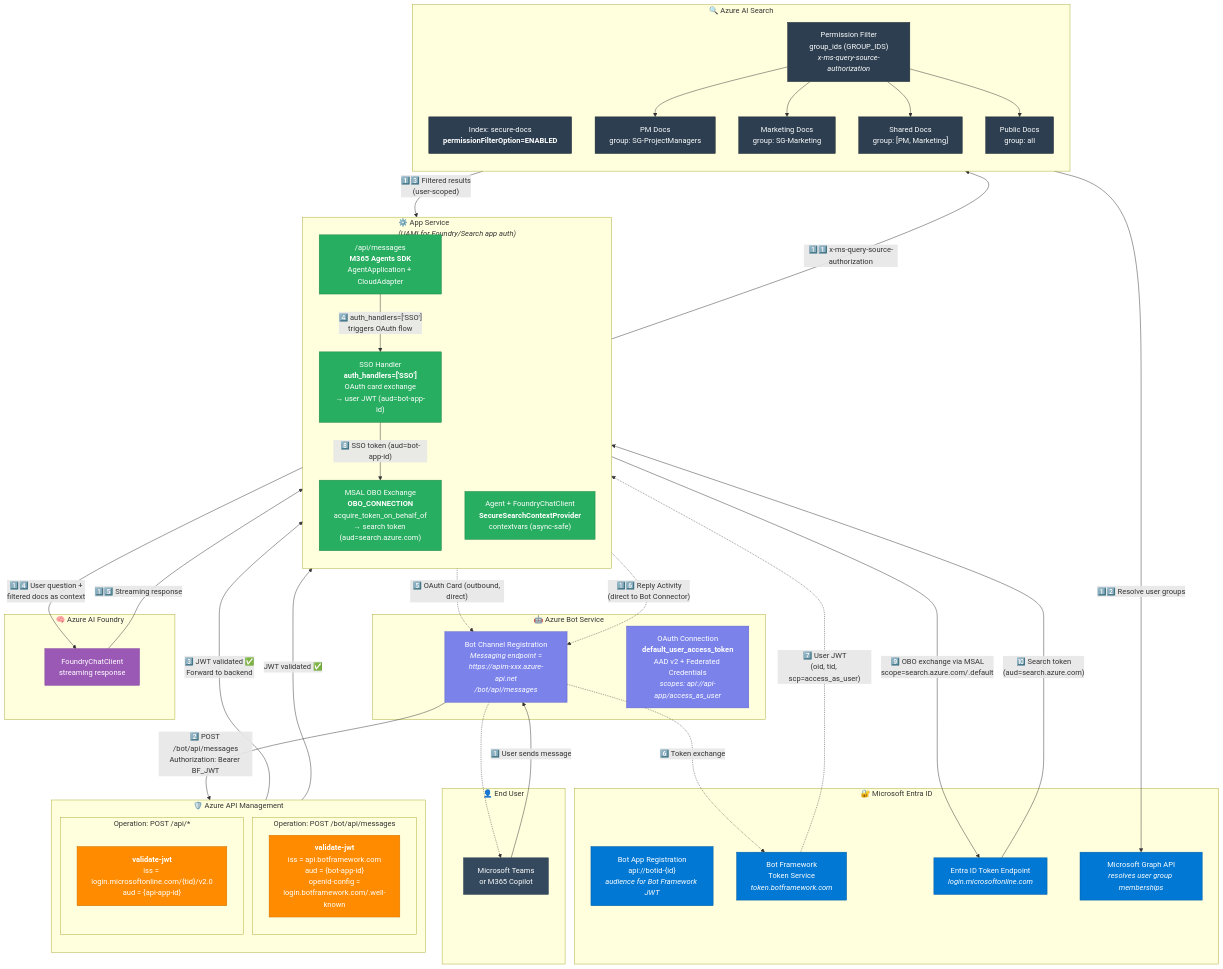
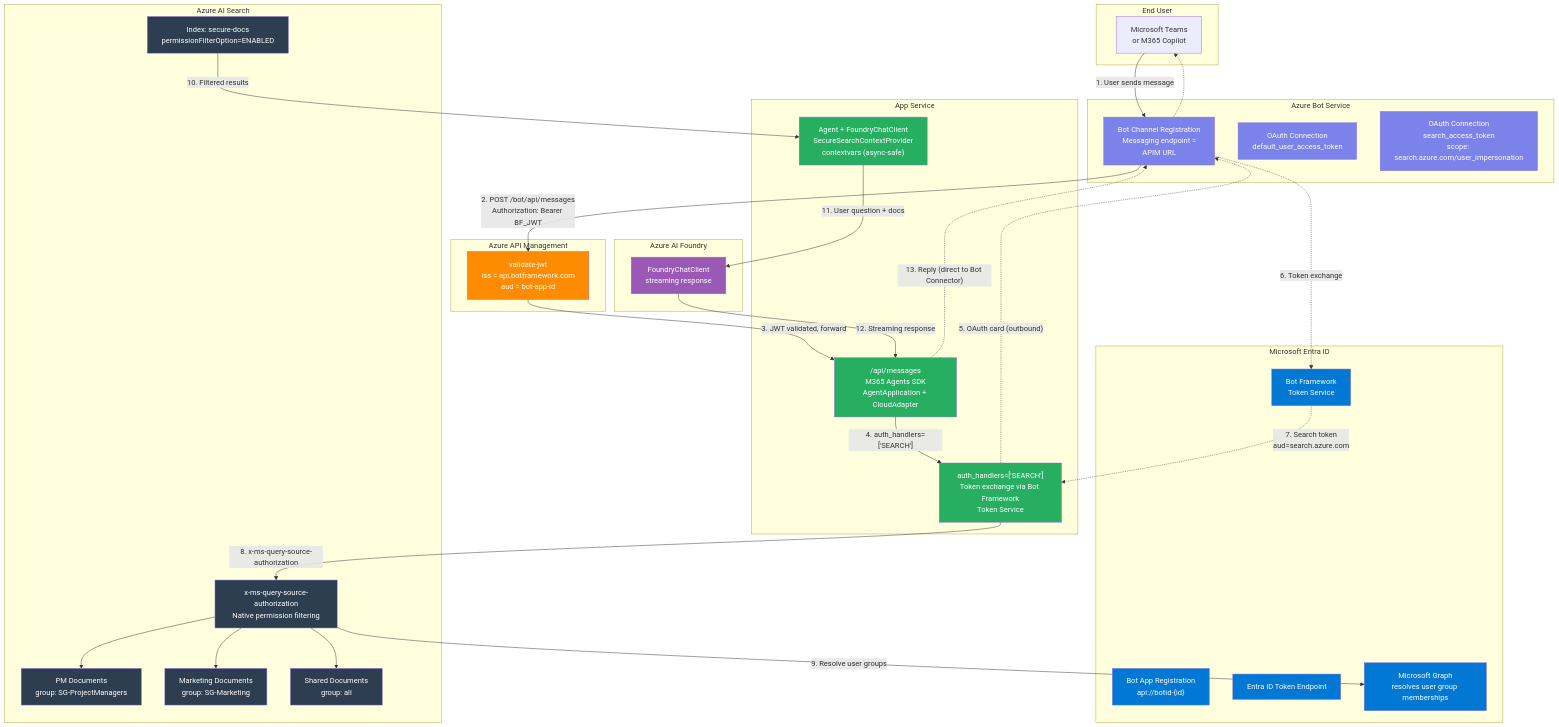
Before and after one commit to Azure-Samples/bring-your-own-agent-to-m365-accelerator: the first of 2 diagrams in docs/architecture.md, drawn with Mermaid. The commit also changed other lines of this file and 1 other file, not shown here.

First line of the commit message:
docs: clean README and architecture — current state only

````diff
--- a/docs/architecture.md
+++ b/docs/architecture.md
@@ -466,105 +7,76 @@
 ```mermaid
 flowchart TB
-    subgraph CLIENT["👤 End User"]
+    subgraph CLIENT["End User"]
         Teams["Microsoft Teams<br/>or M365 Copilot"]
     end
 
-    subgraph ENTRA["🔐 Microsoft Entra ID"]
-        BotAppReg["Bot App Registration<br/>api://botid-{id}<br/><i>audience for Bot Framework JWT</i>"]
-        OAuthToken["Bot Framework<br/>Token Service<br/><i>token.botframework.com</i>"]
-        EntraTokens["Entra ID Token Endpoint<br/><i>login.microsoftonline.com</i>"]
-        GraphAPI["Microsoft Graph API<br/><i>resolves user group memberships</i>"]
+    subgraph ENTRA["Microsoft Entra ID"]
+        BotAppReg["Bot App Registration<br/>api://botid-{id}"]
+        OAuthToken["Bot Framework<br/>Token Service"]
+        EntraTokens["Entra ID Token Endpoint"]
+        GraphAPI["Microsoft Graph<br/>resolves user group memberships"]
     end
 
-    subgraph BOT_SERVICE["🤖 Azure Bot Service"]
-        Bot["Bot Channel Registration<br/><i>Messaging endpoint =<br/>https://apim-xxx.azure-api.net<br/>/bot/api/messages</i>"]
-        OAuthConn["OAuth Connection<br/><b>default_user_access_token</b><br/>AAD v2 + Federated Credentials<br/><i>scopes: api://api-app/access_as_user</i>"]
+    subgraph BOT_SERVICE["Azure Bot Service"]
+        Bot["Bot Channel Registration<br/>Messaging endpoint =<br/>APIM URL"]
+        OAuthSSO["OAuth Connection<br/>default_user_access_token"]
+        OAuthSearch["OAuth Connection<br/>search_access_token<br/>scope: search.azure.com/user_impersonation"]
     end
 
-    subgraph APIM_GW["🛡️ Azure API Management"]
-        direction TB
-
-        subgraph BOT_OP["Operation: POST /bot/api/messages"]
-            BotJWT["<b>validate-jwt</b><br/>iss = api.botframework.com<br/>aud = {bot-app-id}<br/>openid-config =<br/>login.botframework.com/.well-known"]
-        end
-
-        subgraph API_OP["Operation: POST /api/*"]
-            UserJWT["<b>validate-jwt</b><br/>iss = login.microsoftonline.com/{tid}/v2.0<br/>aud = {api-app-id}"]
-        end
+    subgraph APIM_GW["Azure API Management"]
+        BotJWT["validate-jwt<br/>iss = api.botframework.com<br/>aud = bot-app-id"]
     end
 
-    subgraph APP["⚙️ App Service<br/><i>(UAMI for Foundry/Search app auth)</i>"]
-        direction TB
-        BotHandler["/api/messages<br/><b>M365 Agents SDK</b><br/>AgentApplication + CloudAdapter"]
-        SSO["SSO Handler<br/><b>auth_handlers=['SSO']</b><br/>OAuth card exchange<br/>→ user JWT (aud=bot-app-id)"]
-        OBO["MSAL OBO Exchange<br/><b>OBO_CONNECTION</b><br/>acquire_token_on_behalf_of<br/>→ search token (aud=search.azure.com)"]
-        AgentFW["Agent + FoundryChatClient<br/><b>SecureSearchContextProvider</b><br/>contextvars (async-safe)"]
+    subgraph APP["App Service"]
+        BotHandler["/api/messages<br/>M365 Agents SDK<br/>AgentApplication + CloudAdapter"]
+        AuthHandler["auth_handlers=['SEARCH']<br/>Token exchange via Bot Framework<br/>Token Service"]
+        AgentFW["Agent + FoundryChatClient<br/>SecureSearchContextProvider<br/>contextvars (async-safe)"]
     end
 
-    subgraph SEARCH["🔍 Azure AI Search"]
-        direction TB
-        Index["Index: secure-docs<br/><b>permissionFilterOption=ENABLED</b>"]
-        ACL["Permission Filter<br/>group_ids (GROUP_IDS)<br/><i>x-ms-query-source-authorization</i>"]
-        Docs_PM["PM Docs<br/>group: SG-ProjectManagers"]
-        Docs_MK["Marketing Docs<br/>group: SG-Marketing"]
-        Docs_Shared["Shared Docs<br/>group: [PM, Marketing]"]
-        Docs_All["Public Docs<br/>group: all"]
+    subgraph SEARCH["Azure AI Search"]
+        Index["Index: secure-docs<br/>permissionFilterOption=ENABLED"]
+        ACL["x-ms-query-source-authorization<br/>Native permission filtering"]
+        Docs_PM["PM Documents<br/>group: SG-ProjectManagers"]
+        Docs_MK["Marketing Documents<br/>group: SG-Marketing"]
+        Docs_Shared["Shared Documents<br/>group: all"]
     end
 
-    subgraph FOUNDRY["🧠 Azure AI Foundry"]
+    subgraph FOUNDRY["Azure AI Foundry"]
         LLM["FoundryChatClient<br/>streaming response"]
     end
 
-    %% ── Inbound: Teams → APIM → App ──
-    Teams -->|"1️⃣ User sends message"| Bot
-    Bot -->|"2️⃣ POST /bot/api/messages<br/>Authorization: Bearer BF_JWT"| BotJWT
-    BotJWT -->|"3️⃣ JWT validated ✅<br/>Forward to backend"| BotHandler
+    Teams -->|"1. User sends message"| Bot
+    Bot -->|"2. POST /bot/api/messages<br/>Authorization: Bearer BF_JWT"| BotJWT
+    BotJWT -->|"3. JWT validated, forward"| BotHandler
 
-    %% ── SSO flow ──
-    BotHandler -->|"4️⃣ auth_handlers=['SSO']<br/>triggers OAuth flow"| SSO
-    SSO -.->|"5️⃣ OAuth Card (outbound, direct)"| Bot
-    Bot -.->|"6️⃣ Token exchange"| OAuthToken
-    OAuthToken -.->|"7️⃣ User JWT<br/>(oid, tid, scp=access_as_user)"| SSO
+    BotHandler -->|"4. auth_handlers=['SEARCH']"| AuthHandler
+    AuthHandler -.->|"5. OAuth card (outbound)"| Bot
+    Bot -.->|"6. Token exchange"| OAuthToken
+    OAuthToken -.->|"7. Search token<br/>aud=search.azure.com"| AuthHandler
 
-    %% ── OBO exchange ──
-    SSO -->|"8️⃣ SSO token (aud=bot-app-id)"| OBO
-    OBO -->|"9️⃣ OBO exchange via MSAL<br/>scope=search.azure.com/.default"| EntraTokens
-    EntraTokens -->|"🔟 Search token<br/>(aud=search.azure.com)"| OBO
-
-    %% ── AI Search with ACL ──
-    OBO -->|"1️⃣1️⃣ x-ms-query-source-authorization"| ACL
-    ACL -->|"1️⃣2️⃣ Resolve user groups"| GraphAPI
+    AuthHandler -->|"8. x-ms-query-source-authorization"| ACL
+    ACL -->|"9. Resolve user groups"| GraphAPI
     ACL --> Docs_PM
     ACL --> Docs_MK
     ACL --> Docs_Shared
-    ACL --> Docs_All
-    Index -->|"1️⃣3️⃣ Filtered results<br/>(user-scoped)"| AgentFW
+    Index -->|"10. Filtered results"| AgentFW
 
-    %% ── Agent → LLM ──
-    AgentFW -->|"1️⃣4️⃣ User question +<br/>filtered docs as context"| LLM
-    LLM -->|"1️⃣5️⃣ Streaming response"| BotHandler
-
-    %% ── Reply (outbound, direct) ──
-    BotHandler -.->|"1️⃣6️⃣ Reply Activity<br/>(direct to Bot Connector)"| Bot
+    AgentFW -->|"11. User question + docs"| LLM
+    LLM -->|"12. Streaming response"| BotHandler
+    BotHandler -.->|"13. Reply (direct to Bot Connector)"| Bot
     Bot -.-> Teams
 
-    %% ── Non-bot API clients ──
-    UserJWT -->|"JWT validated ✅"| AgentFW
-
-    %% Styling
-    classDef entra fill:#0078d4,color:#fff,stroke:#005a9e
-    classDef bot fill:#7b83eb,color:#fff,stroke:#5b5fc7
-    classDef apim fill:#ff8c00,color:#fff,stroke:#cc7000
-    classDef app fill:#27ae60,color:#fff,stroke:#1e8449
-    classDef search fill:#2c3e50,color:#fff,stroke:#1a252f
-    classDef foundry fill:#9b59b6,color:#fff,stroke:#7d3c98
-    classDef user fill:#34495e,color:#fff,stroke:#2c3e50
+    classDef entra fill:#0078d4,color:#fff
+    classDef bot fill:#7b83eb,color:#fff
+    classDef apim fill:#ff8c00,color:#fff
+    classDef app fill:#27ae60,color:#fff
+    classDef search fill:#2c3e50,color:#fff
+    classDef foundry fill:#9b59b6,color:#fff
 
     class BotAppReg,OAuthToken,EntraTokens,GraphAPI entra
-    class Bot,OAuthConn bot
-    class BotJWT,UserJWT apim
-    class BotHandler,SSO,OBO,AgentFW app
-    class Index,ACL,Docs_PM,Docs_MK,Docs_Shared,Docs_All search
+    class Bot,OAuthSSO,OAuthSearch bot
+    class BotJWT apim
+    class BotHandler,AuthHandler,AgentFW app
+    class Index,ACL,Docs_PM,Docs_MK,Docs_Shared search
     class LLM foundry
-    class Teams user
 ```
````
